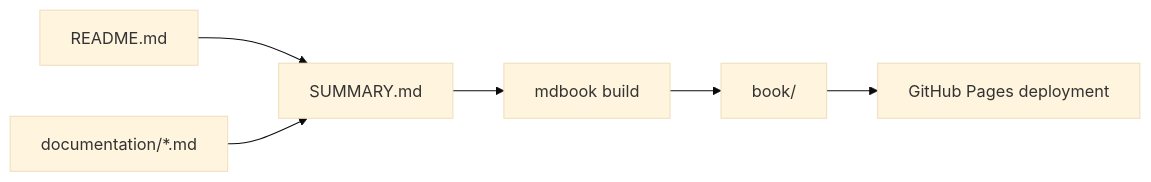
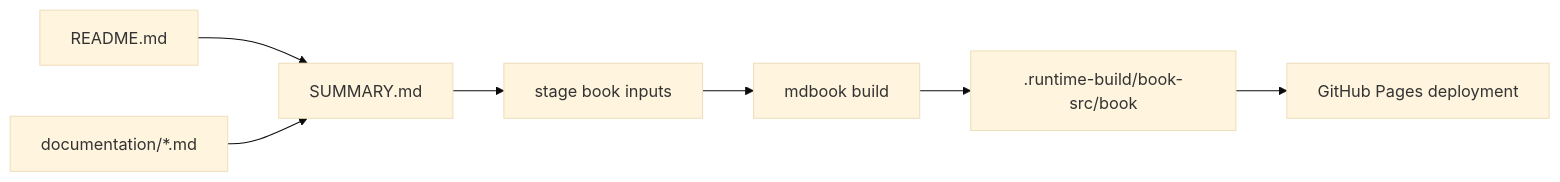
One commit to tsfarizi/antikythera-agent-sdk changed the second of 3 diagrams in documentation/BUILD.md. Above: the diagram before and after it, drawn with Mermaid (base theme). The commit also changed other lines of this file and 5 other files, not shown here.

````diff
--- a/documentation/BUILD.md
+++ b/documentation/BUILD.md
@@ -335,8 +335,9 @@
 ```mermaid
 flowchart LR
     README[README.md] --> SUMMARY[SUMMARY.md]
     DOCS[documentation/*.md] --> SUMMARY
-    SUMMARY --> MDBOOK[mdbook build]
-    MDBOOK --> SITE[book/]
+    SUMMARY --> STAGE[stage book inputs]
+    STAGE --> MDBOOK[mdbook build]
+    MDBOOK --> SITE[.runtime-build/book-src/book]
     SITE --> PAGES[GitHub Pages deployment]
 ```
````
